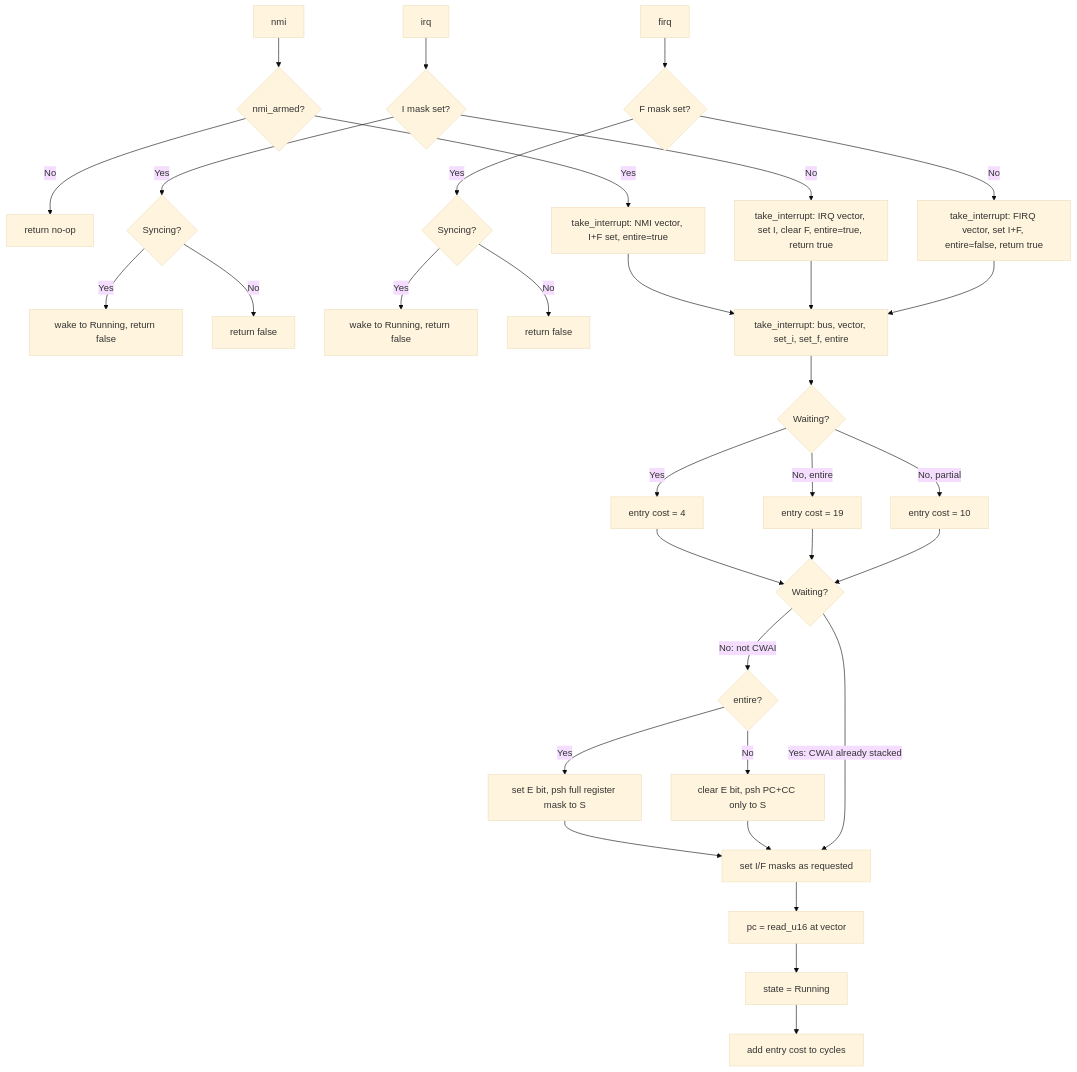
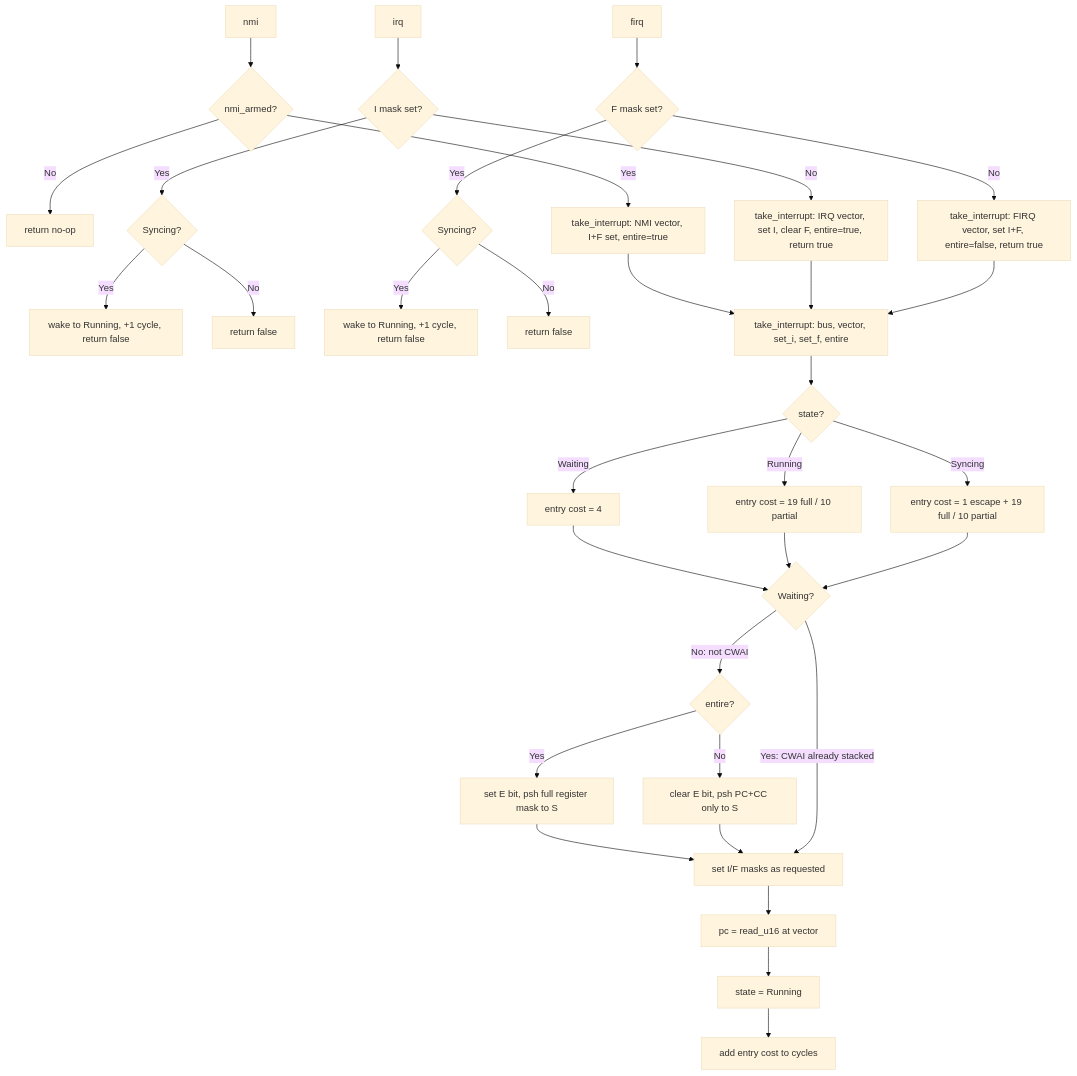
One commit to sperano/cocovm changed the third of 12 diagrams in crates/mc6809/diagrams.md. Above: the diagram before and after it, drawn with Mermaid (base theme). The commit also changed 3 other files, not shown here.

First line of the commit message:
mc6809: charge the SYNC escape cycle and split CWAI into stack + wake

````diff
--- a/crates/mc6809/diagrams.md
+++ b/crates/mc6809/diagrams.md
@@ -98,39 +98,39 @@
 ```mermaid
 flowchart TD
     NMI[nmi] --> ARMED{nmi_armed?}
     ARMED -- No --> RET_N[return no-op]
     ARMED -- Yes --> TAKEN[take_interrupt: NMI vector, I+F set, entire=true]
 
     IRQ[irq] --> IMASK{I mask set?}
     IMASK -- Yes --> WK_S{Syncing?}
-    WK_S -- Yes --> WAKE_S[wake to Running, return false]
+    WK_S -- Yes --> WAKE_S[wake to Running, +1 cycle, return false]
     WK_S -- No --> RET_F[return false]
     IMASK -- No --> TAKEN_I[take_interrupt: IRQ vector, set I, clear F, entire=true, return true]
 
     FIRQ[firq] --> FMASK{F mask set?}
     FMASK -- Yes --> WK_F{Syncing?}
-    WK_F -- Yes --> WAKE_F[wake to Running, return false]
+    WK_F -- Yes --> WAKE_F[wake to Running, +1 cycle, return false]
     WK_F -- No --> RET_FF[return false]
     FMASK -- No --> TAKEN_F[take_interrupt: FIRQ vector, set I+F, entire=false, return true]
 
     TAKEN --> TAKE
     TAKEN_I --> TAKE
     TAKEN_F --> TAKE
 
-    TAKE[take_interrupt: bus, vector, set_i, set_f, entire] --> COST{Waiting?}
-    COST -- Yes --> WAKE_COST[entry cost = 4]
-    COST -- No, entire --> FULL_COST[entry cost = 19]
-    COST -- No, partial --> FAST_COST[entry cost = 10]
+    TAKE[take_interrupt: bus, vector, set_i, set_f, entire] --> COST{state?}
+    COST -- Waiting --> WAKE_COST[entry cost = 4]
+    COST -- Running --> RUN_COST[entry cost = 19 full / 10 partial]
+    COST -- Syncing --> SYNC_COST[entry cost = 1 escape + 19 full / 10 partial]
     WAKE_COST --> S{Waiting?}
-    FULL_COST --> S
-    FAST_COST --> S
+    RUN_COST --> S
+    SYNC_COST --> S
     S -- No: not CWAI --> FRAME{entire?}
     FRAME -- Yes --> FULL[set E bit, psh full register mask to S]
     FRAME -- No --> FAST[clear E bit, psh PC+CC only to S]
     FULL --> MASKS
     FAST --> MASKS
     S -- Yes: CWAI already stacked --> MASKS[set I/F masks as requested]
     MASKS --> VEC[pc = read_u16 at vector]
     VEC --> RUN[state = Running]
     RUN --> CHARGE[add entry cost to cycles]
 ```
````
